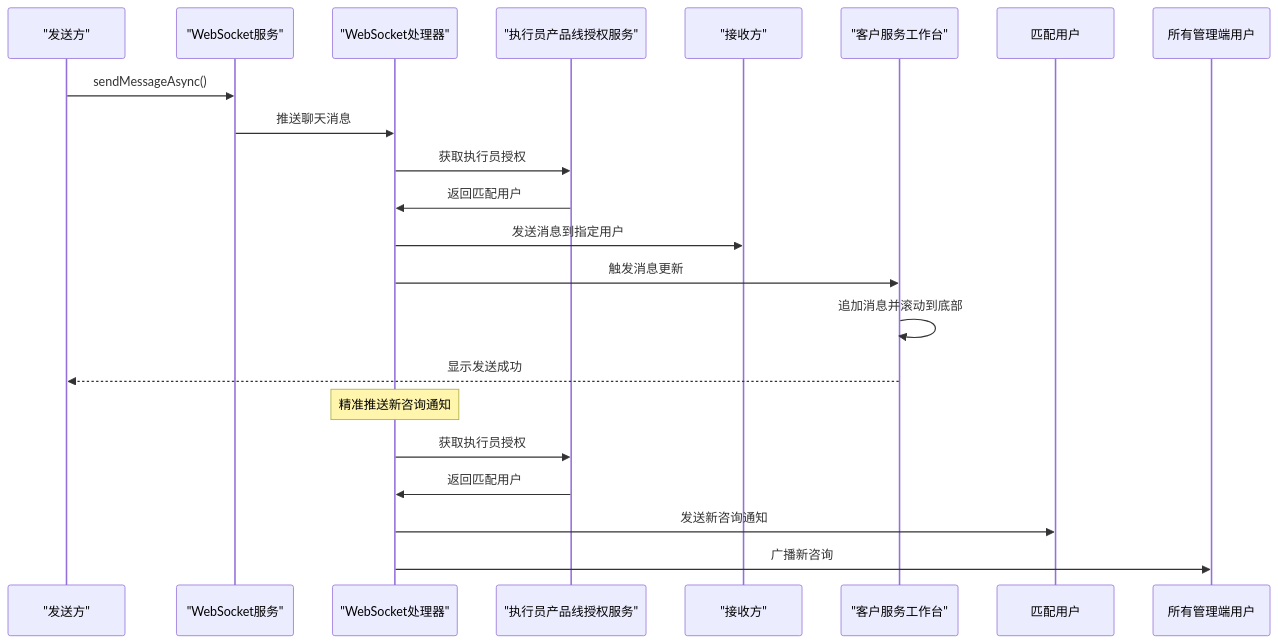
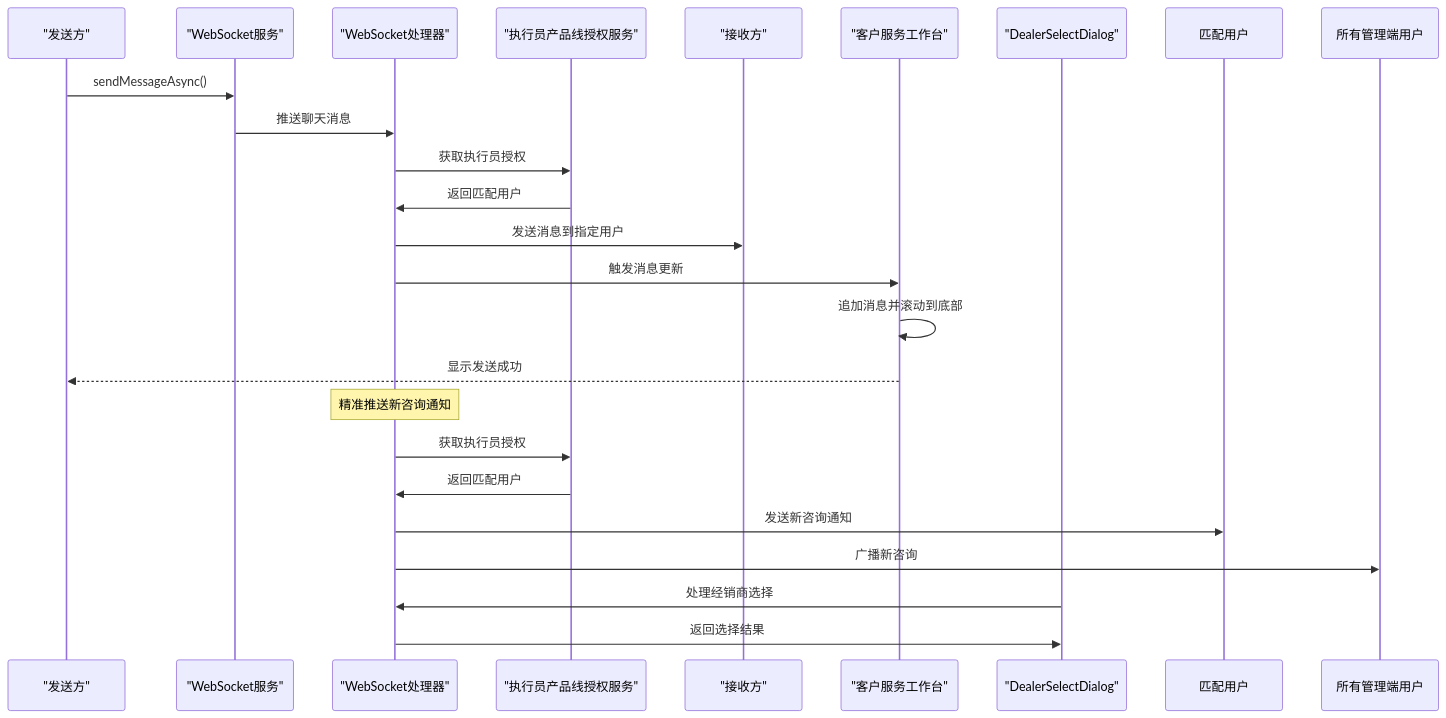
Diagram 20 of 48 in .qoder/repowiki/zh/content/核心模块/客户服务模块.md (xiaoche80s-tech/rouyi-vue-pro), drawn with Mermaid before and after one commit. The commit also changed other lines of this file and 977 other files, not shown here.

````diff
--- a/.qoder/repowiki/zh/content/核心模块/客户服务模块.md
+++ b/.qoder/repowiki/zh/content/核心模块/客户服务模块.md
@@ -1033,22 +1109,25 @@
 ```mermaid
 sequenceDiagram
 participant Sender as "发送方"
 participant WebSocketService as "WebSocket服务"
 participant WebSocketHandler as "WebSocket处理器"
 participant DealerService as "执行员产品线授权服务"
 participant Receiver as "接收方"
 participant Workbench as "客户服务工作台"
+participant DealerSelectDialog as "DealerSelectDialog"
 Sender->>WebSocketService : sendMessageAsync()
 WebSocketService->>WebSocketHandler : 推送聊天消息
 WebSocketHandler->>DealerService : 获取执行员授权
 DealerService->>WebSocketHandler : 返回匹配用户
 WebSocketHandler->>Receiver : 发送消息到指定用户
 WebSocketHandler->>Workbench : 触发消息更新
 Workbench->>Workbench : 追加消息并滚动到底部
 Workbench-->>Sender : 显示发送成功
 Note over WebSocketHandler : 精准推送新咨询通知
 WebSocketHandler->>DealerService : 获取执行员授权
 DealerService->>WebSocketHandler : 返回匹配用户
 WebSocketHandler->>匹配用户 : 发送新咨询通知
 WebSocketHandler->>所有管理端用户 : 广播新咨询
+DealerSelectDialog->>WebSocketHandler : 处理经销商选择
+WebSocketHandler->>DealerSelectDialog : 返回选择结果
 ```
````
